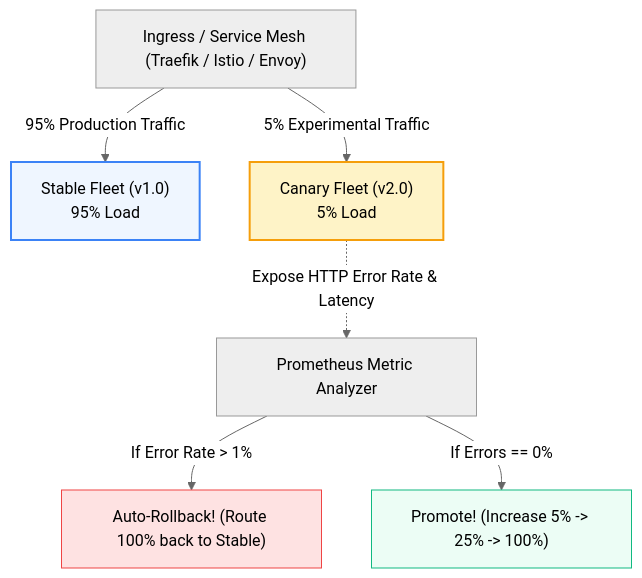
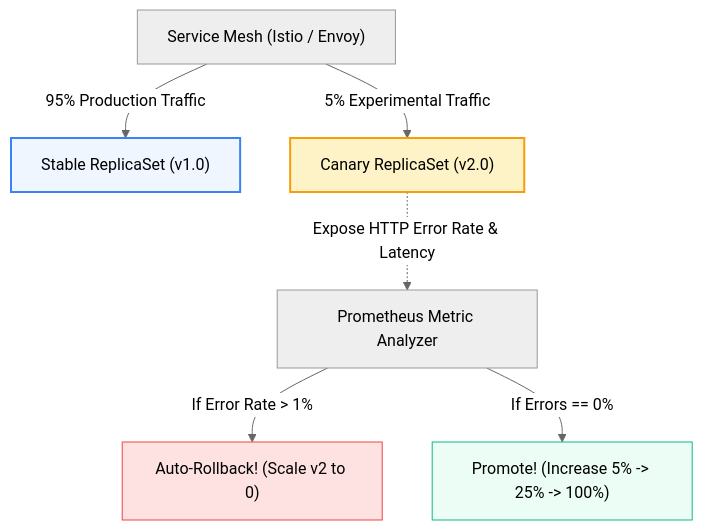
One commit to PandeyKishan/Study-Notes changed the third of 3 diagrams in 04-CICD-Pipelines/04-Deployment-Strategies.md. Above: the diagram before and after it, drawn with Mermaid (neutral theme). The commit also changed other lines of this file and 38 other files, not shown here.

````diff
--- a/04-CICD-Pipelines/04-Deployment-Strategies.md
+++ b/04-CICD-Pipelines/04-Deployment-Strategies.md
@@ -76,18 +72,18 @@
 ```mermaid
 flowchart TD
-    Ingress["Ingress / Service Mesh (Traefik / Istio / Envoy)"]
+    Ingress["Service Mesh (Istio / Envoy)"]
     
-    Ingress -->|95% Production Traffic| Stable["Stable Fleet (v1.0)\n95% Load"]
-    Ingress -->|5% Experimental Traffic| Canary["Canary Fleet (v2.0)\n5% Load"]
+    Ingress -->|95% Production Traffic| Stable["Stable ReplicaSet (v1.0)"]
+    Ingress -->|5% Experimental Traffic| Canary["Canary ReplicaSet (v2.0)"]
 
     Prometheus["Prometheus Metric Analyzer"]
     Canary -.->|Expose HTTP Error Rate & Latency| Prometheus
     
-    Prometheus -->|If Error Rate > 1%| Abort["Auto-Rollback! (Route 100% back to Stable)"]
+    Prometheus -->|If Error Rate > 1%| Abort["Auto-Rollback! (Scale v2 to 0)"]
     Prometheus -->|If Errors == 0%| Promote["Promote! (Increase 5% -> 25% -> 100%)"]
 
     style Stable fill:#eff6ff,stroke:#3b82f6,stroke-width:2px
     style Canary fill:#fef3c7,stroke:#f59e0b,stroke-width:2px
     style Abort fill:#fee2e2,stroke:#ef4444,stroke-width:1px
     style Promote fill:#ecfdf5,stroke:#10b981,stroke-width:1px
 ```
````
